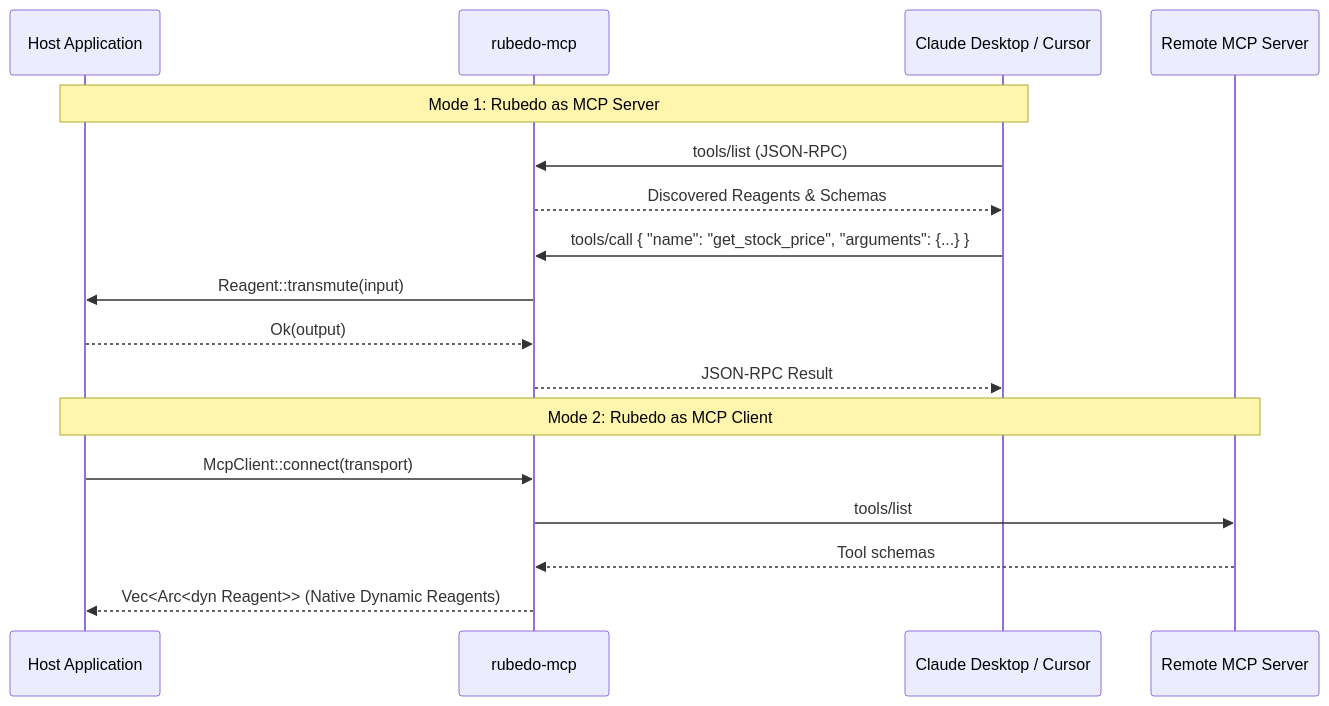
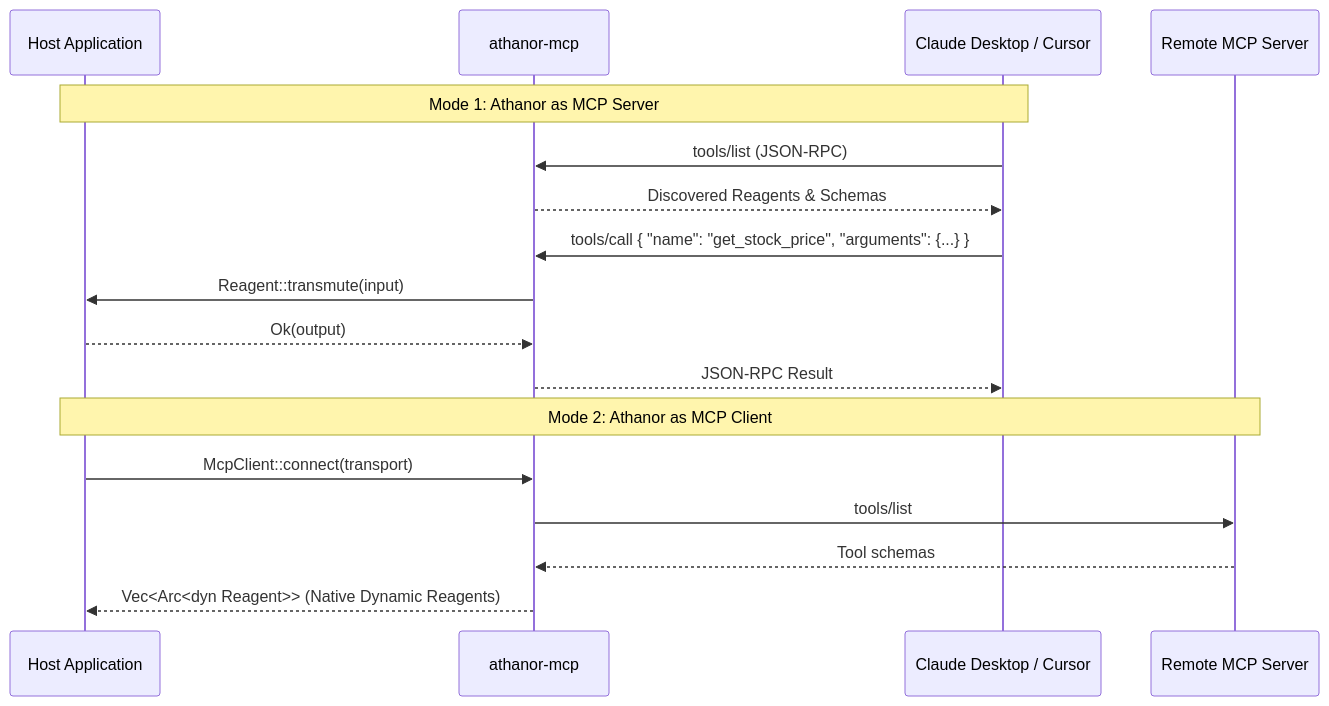
One commit to pinguxx/athanor changed the third of 3 diagrams in docs/ARCHITECTURE.md. Above: the diagram before and after it, drawn with Mermaid. The commit also changed other lines of this file and 199 other files, not shown here.

````diff
--- a/docs/ARCHITECTURE.md
+++ b/docs/ARCHITECTURE.md
@@ -104,21 +104,21 @@
 ```mermaid
 sequenceDiagram
     participant HostApp as Host Application
-    participant McpGateway as rubedo-mcp
+    participant McpGateway as athanor-mcp
     participant ExternalClient as Claude Desktop / Cursor
     participant ExternalMCP as Remote MCP Server
 
-    Note over HostApp,ExternalClient: Mode 1: Rubedo as MCP Server
+    Note over HostApp,ExternalClient: Mode 1: Athanor as MCP Server
     ExternalClient->>McpGateway: tools/list (JSON-RPC)
     McpGateway-->>ExternalClient: Discovered Reagents & Schemas
     ExternalClient->>McpGateway: tools/call { "name": "get_stock_price", "arguments": {...} }
     McpGateway->>HostApp: Reagent::transmute(input)
     HostApp-->>McpGateway: Ok(output)
     McpGateway-->>ExternalClient: JSON-RPC Result
 
-    Note over HostApp,ExternalMCP: Mode 2: Rubedo as MCP Client
+    Note over HostApp,ExternalMCP: Mode 2: Athanor as MCP Client
     HostApp->>McpGateway: McpClient::connect(transport)
     McpGateway->>ExternalMCP: tools/list
     ExternalMCP-->>McpGateway: Tool schemas
     McpGateway-->>HostApp: Vec<Arc<dyn Reagent>> (Native Dynamic Reagents)
 ```
````
